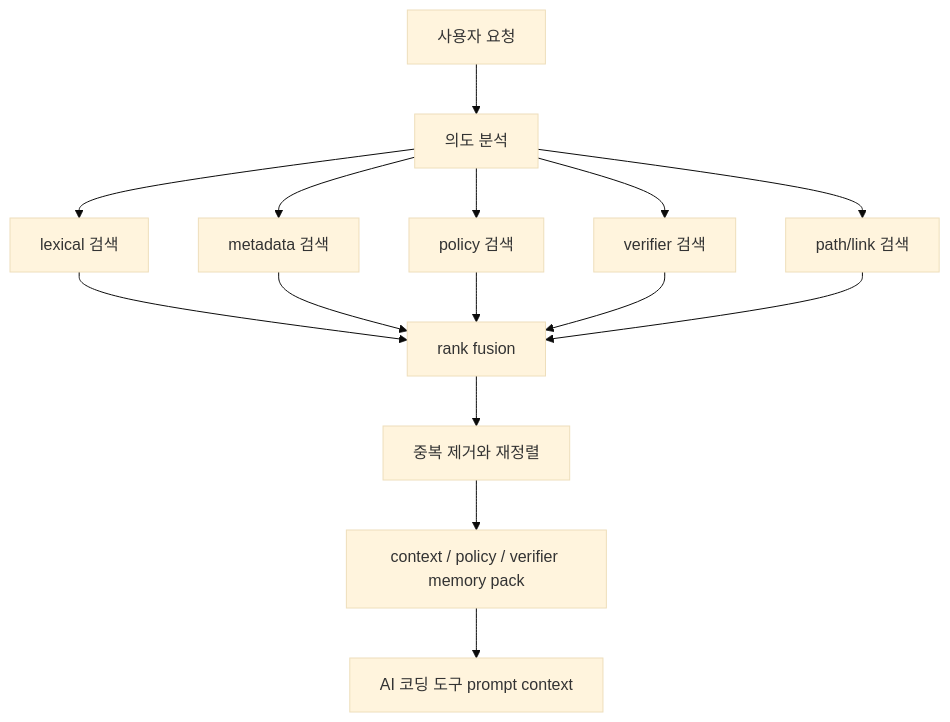
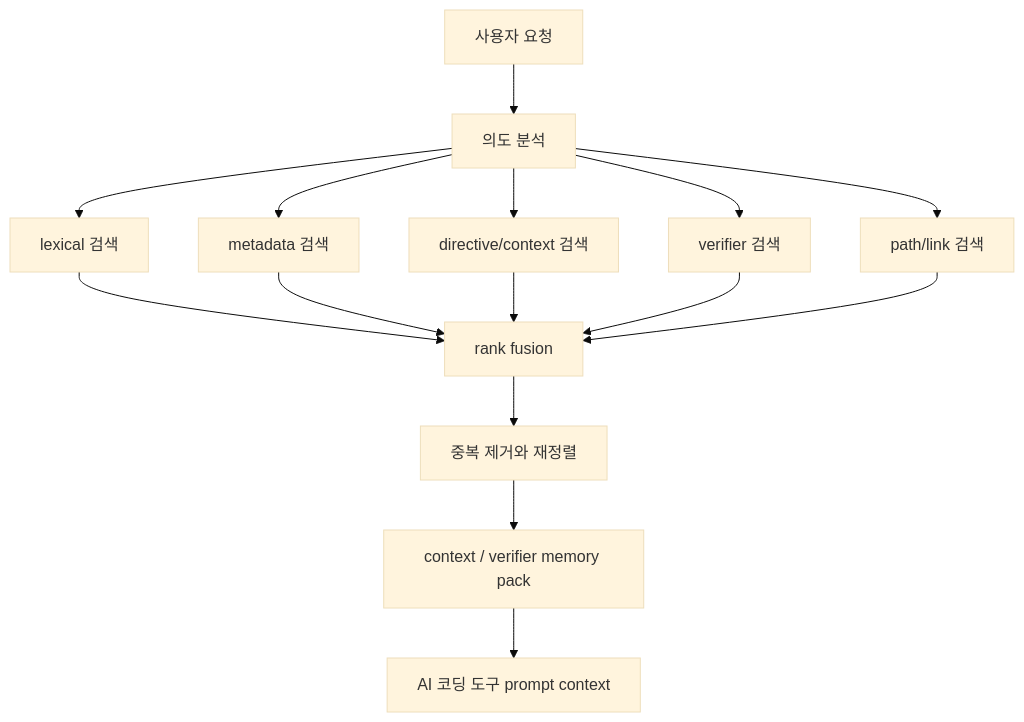
One commit to lteawoo/MemAssist changed the fifth of 8 diagrams in README.md. Above: the diagram before and after it, drawn with Mermaid (base theme). The commit also changed other lines of this file and 41 other files, not shown here.

````diff
--- a/README.md
+++ b/README.md
@@ -274,17 +275,17 @@
 ```mermaid
 flowchart TD
     A[사용자 요청] --> B[의도 분석]
     B --> C[lexical 검색]
     B --> D[metadata 검색]
-    B --> E[policy 검색]
+    B --> E[directive/context 검색]
     B --> F[verifier 검색]
     B --> G[path/link 검색]
     C --> H[rank fusion]
     D --> H
     E --> H
     F --> H
     G --> H
     H --> I[중복 제거와 재정렬]
-    I --> J[context / policy / verifier memory pack]
+    I --> J[context / verifier memory pack]
     J --> K[AI 코딩 도구 prompt context]
 ```
````
